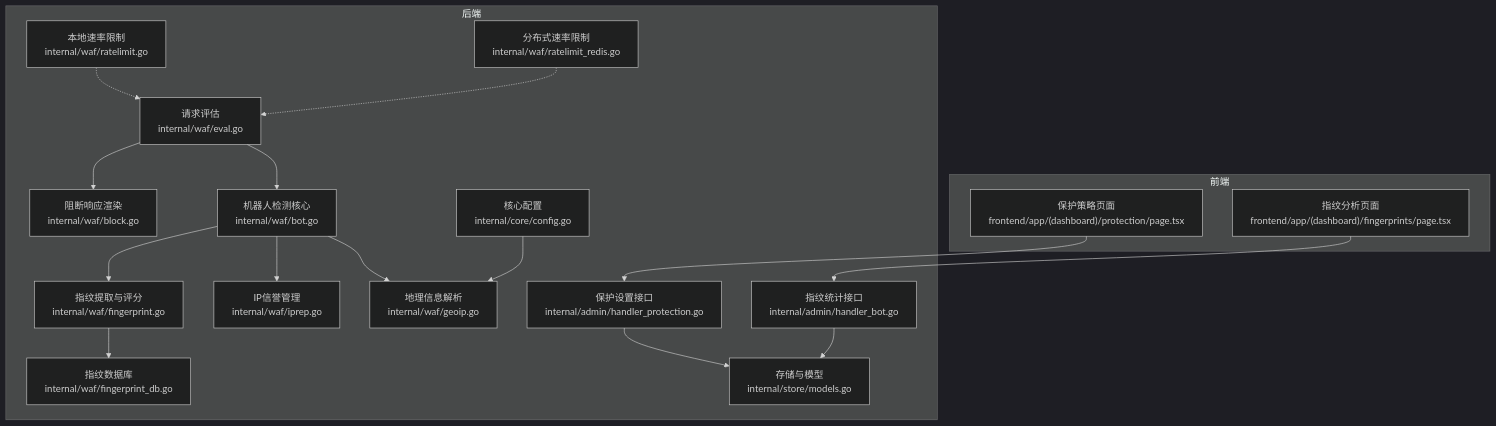
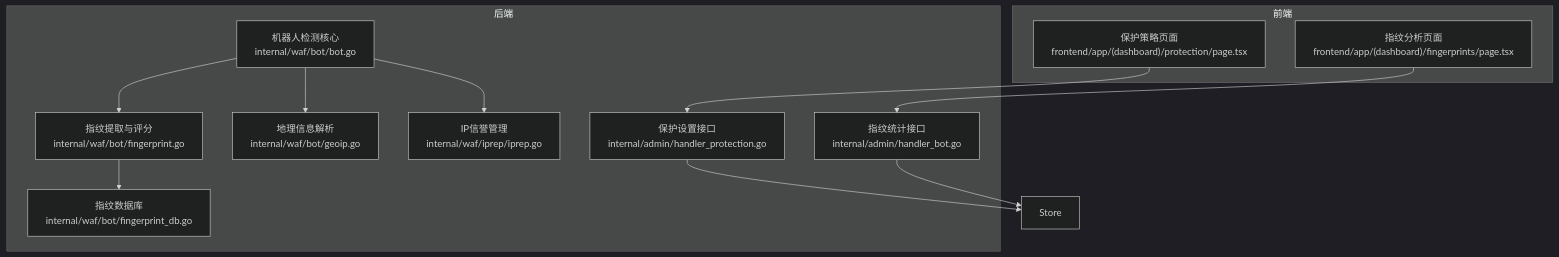
One commit to x01n/My-OpenWaf changed the first of 8 diagrams in docs/安全防护功能/机器人检测.md. Above: the diagram before and after it, drawn with Mermaid (dark theme). The commit also changed other lines of this file and 199 other files, not shown here.

````diff
--- a/docs/安全防护功能/机器人检测.md
+++ b/docs/安全防护功能/机器人检测.md
@@ -62,35 +47,24 @@
 ```mermaid
 graph TB
 subgraph "前端"
 FE_Protection["保护策略页面<br/>frontend/app/(dashboard)/protection/page.tsx"]
 FE_Fingerprints["指纹分析页面<br/>frontend/app/(dashboard)/fingerprints/page.tsx"]
 end
 subgraph "后端"
-Eval["请求评估<br/>internal/waf/eval.go"]
-Bot["机器人检测核心<br/>internal/waf/bot.go"]
-FP["指纹提取与评分<br/>internal/waf/fingerprint.go"]
-FPDB["指纹数据库<br/>internal/waf/fingerprint_db.go"]
-Geo["地理信息解析<br/>internal/waf/geoip.go"]
-Rep["IP信誉管理<br/>internal/waf/iprep.go"]
-RL["本地速率限制<br/>internal/waf/ratelimit.go"]
-RLR["分布式速率限制<br/>internal/waf/ratelimit_redis.go"]
-Block["阻断响应渲染<br/>internal/waf/block.go"]
-Store["存储与模型<br/>internal/store/models.go"]
-Cfg["核心配置<br/>internal/core/config.go"]
+Bot["机器人检测核心<br/>internal/waf/bot/bot.go"]
+FP["指纹提取与评分<br/>internal/waf/bot/fingerprint.go"]
+FPDB["指纹数据库<br/>internal/waf/bot/fingerprint_db.go"]
+Geo["地理信息解析<br/>internal/waf/bot/geoip.go"]
+Rep["IP信誉管理<br/>internal/waf/iprep/iprep.go"]
 AdminHandler["保护设置接口<br/>internal/admin/handler_protection.go"]
 FingerprintHandler["指纹统计接口<br/>internal/admin/handler_bot.go"]
 end
 FE_Protection --> AdminHandler
 FE_Fingerprints --> FingerprintHandler
 AdminHandler --> Store
 FingerprintHandler --> Store
-Eval --> Bot
 Bot --> Geo
 Bot --> Rep
 Bot --> FP
 FP --> FPDB
-RL -.-> Eval
-RLR -.-> Eval
-Eval --> Block
-Cfg --> Geo
 ```
````
